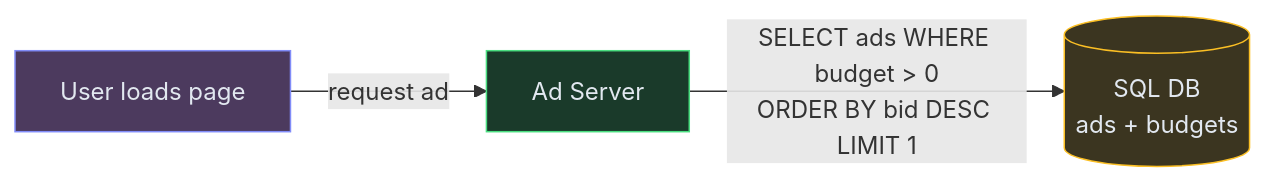
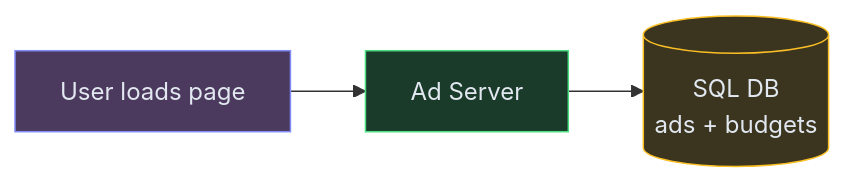
The first of 4 diagrams in content/hld/AdSystem.md (iluzn/HLD-Designs), drawn with Mermaid before and after one commit. The commit also changed other lines of this file and 8 other files, not shown here.

````diff
--- a/content/hld/AdSystem.md
+++ b/content/hld/AdSystem.md
@@ -25,13 +23,13 @@
 ```mermaid
 flowchart LR
     USER["User loads page"]:::client
-    ADAPI["Ad Server"]:::service
+    API["Ad Server"]:::service
     DB[("SQL DB<br/>ads + budgets")]:::data
 
-    USER -->|"request ad"| ADAPI
-    ADAPI -->|"SELECT ads WHERE budget > 0<br/>ORDER BY bid DESC LIMIT 1"| DB
+    USER --> API
+    API --> DB
 
     classDef client fill:#4c3a5e,stroke:#818cf8,color:#e2e8f0
     classDef service fill:#1a3a2a,stroke:#4ade80,color:#e2e8f0
     classDef data fill:#3b3520,stroke:#fbbf24,color:#e2e8f0
 ```
````
